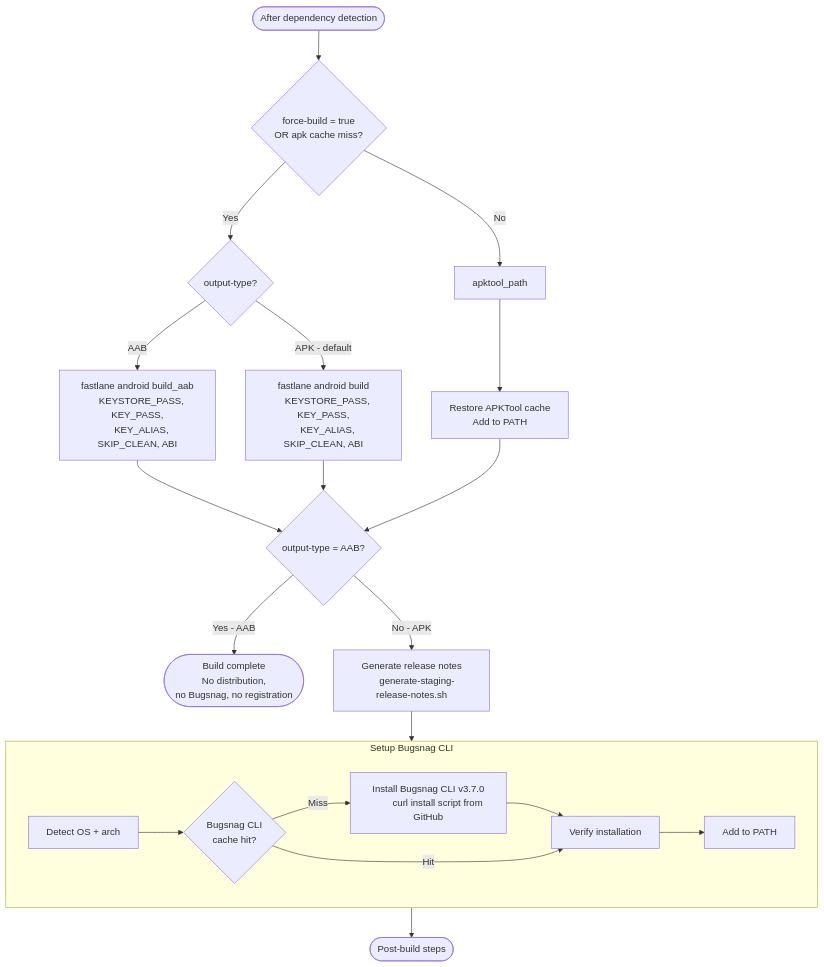
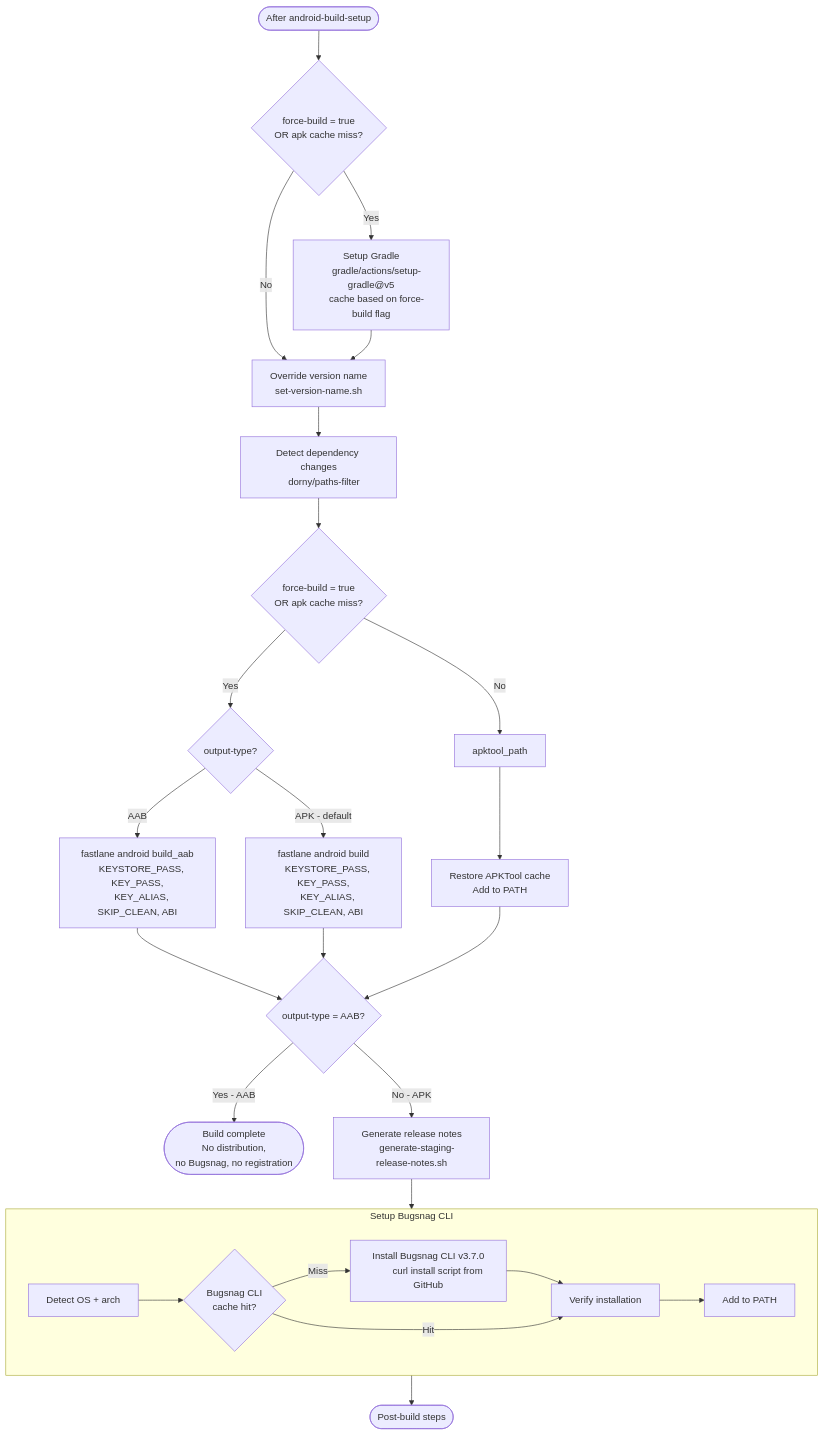
One commit to AtB-AS/mittatb-app changed the third of 6 diagrams in docs/android-build-staging-graph.md. Above: the diagram before and after it, drawn with Mermaid. The commit also changed other lines of this file and 4 other files, not shown here.

Commit message:
tidy-up android build and add documentation

````diff
--- a/docs/android-build-staging-graph.md
+++ b/docs/android-build-staging-graph.md
@@ -153,51 +144,66 @@
 ```mermaid
 flowchart TD
-    dep_changes(["After dependency detection"])
+    setup_done(["After android-build-setup"])
+
+    setup_done --> gradle_check{"force-build = true
+    OR apk cache miss?"}
+
+    gradle_check -- Yes --> gradle["Setup Gradle
+    gradle/actions/setup-gradle@v5
+    cache based on force-build flag"]
+    gradle_check -- No --> version_name
+
+    gradle --> version_name["Override version name
+    set-version-name.sh"]
+
+    version_name --> dep_changes["Detect dependency changes
+    dorny/paths-filter"]
 
     dep_changes --> should_build{"force-build = true
     OR apk cache miss?"}
 
     should_build -- Yes --> build_type{"output-type?"}
     should_build -- No --> apktool_path
 
     build_type -- AAB --> build_aab["fastlane android build_aab
     KEYSTORE_PASS, KEY_PASS,
     KEY_ALIAS, SKIP_CLEAN, ABI"]
     build_type -- "APK - default" --> build_apk["fastlane android build
     KEYSTORE_PASS, KEY_PASS,
     KEY_ALIAS, SKIP_CLEAN, ABI"]
 
     build_aab --> aab_check{"output-type = AAB?"}
     build_apk --> aab_check
 
     apktool_path --> restore_apktool["Restore APKTool cache
     Add to PATH"]
     restore_apktool --> aab_check
 
     aab_check -- "Yes - AAB" --> aab_done(["Build complete
     No distribution,
     no Bugsnag, no registration"])
     aab_check -- "No - APK" --> release_notes
 
     release_notes["Generate release notes
     generate-staging-release-notes.sh"]
-    release_notes --> bugsnag_setup
 
-    subgraph bugsnag_setup ["Setup Bugsnag CLI"]
+    release_notes --> bugsnag_cli_setup
+
+    subgraph bugsnag_cli_setup ["Setup Bugsnag CLI"]
         bs_detect["Detect OS + arch"]
         bs_cache{"Bugsnag CLI
         cache hit?"}
         bs_install["Install Bugsnag CLI v3.7.0
         curl install script from GitHub"]
         bs_verify["Verify installation"]
         bs_path["Add to PATH"]
 
         bs_detect --> bs_cache
         bs_cache -- Miss --> bs_install --> bs_verify
         bs_cache -- Hit --> bs_verify
         bs_verify --> bs_path
     end
 
-    bugsnag_setup --> post_build
-    post_build(["Post-build steps"])
+    bugsnag_cli_setup --> post_build_steps
+    post_build_steps(["Post-build steps"])
 ```
````
